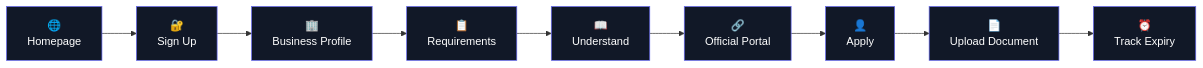
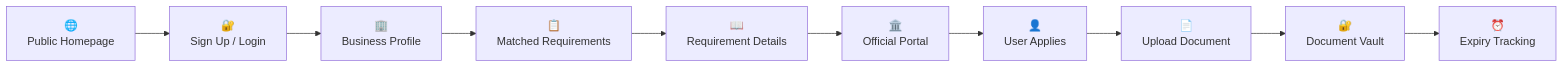
The first of 4 diagrams in README.md (aryanbindal89/SmallBiz-AI), drawn with Mermaid before and after one commit. The commit also changed other lines of this file, not shown here.

````diff
--- a/README.md
+++ b/README.md
@@ -130,22 +241,24 @@
 ```mermaid
 flowchart LR
 
-    A["🌐<br/>Homepage"] --> B["🔐<br/>Sign Up"]
-    B --> C["🏢<br/>Business Profile"]
-    C --> D["📋<br/>Requirements"]
-    D --> E["📖<br/>Understand"]
-    E --> F["🔗<br/>Official Portal"]
-    F --> G["👤<br/>Apply"]
-    G --> H["📄<br/>Upload Document"]
-    H --> I["⏰<br/>Track Expiry"]
+    A["🌐<br/>Public Homepage"]
+    B["🔐<br/>Sign Up / Login"]
+    C["🏢<br/>Business Profile"]
+    D["📋<br/>Matched Requirements"]
+    E["📖<br/>Requirement Details"]
+    F["🏛️<br/>Official Portal"]
+    G["👤<br/>User Applies"]
+    H["📄<br/>Upload Document"]
+    I["🔐<br/>Document Vault"]
+    J["⏰<br/>Expiry Tracking"]
 
-    style A fill:#111827,stroke:#6366f1,color:#fff
-    style B fill:#111827,stroke:#6366f1,color:#fff
-    style C fill:#111827,stroke:#6366f1,color:#fff
-    style D fill:#111827,stroke:#6366f1,color:#fff
-    style E fill:#111827,stroke:#6366f1,color:#fff
-    style F fill:#111827,stroke:#6366f1,color:#fff
-    style G fill:#111827,stroke:#6366f1,color:#fff
-    style H fill:#111827,stroke:#6366f1,color:#fff
-    style I fill:#111827,stroke:#6366f1,color:#fff
+    A --> B
+    B --> C
+    C --> D
+    D --> E
+    E --> F
+    F --> G
+    G --> H
+    H --> I
+    I --> J
 ```
````
